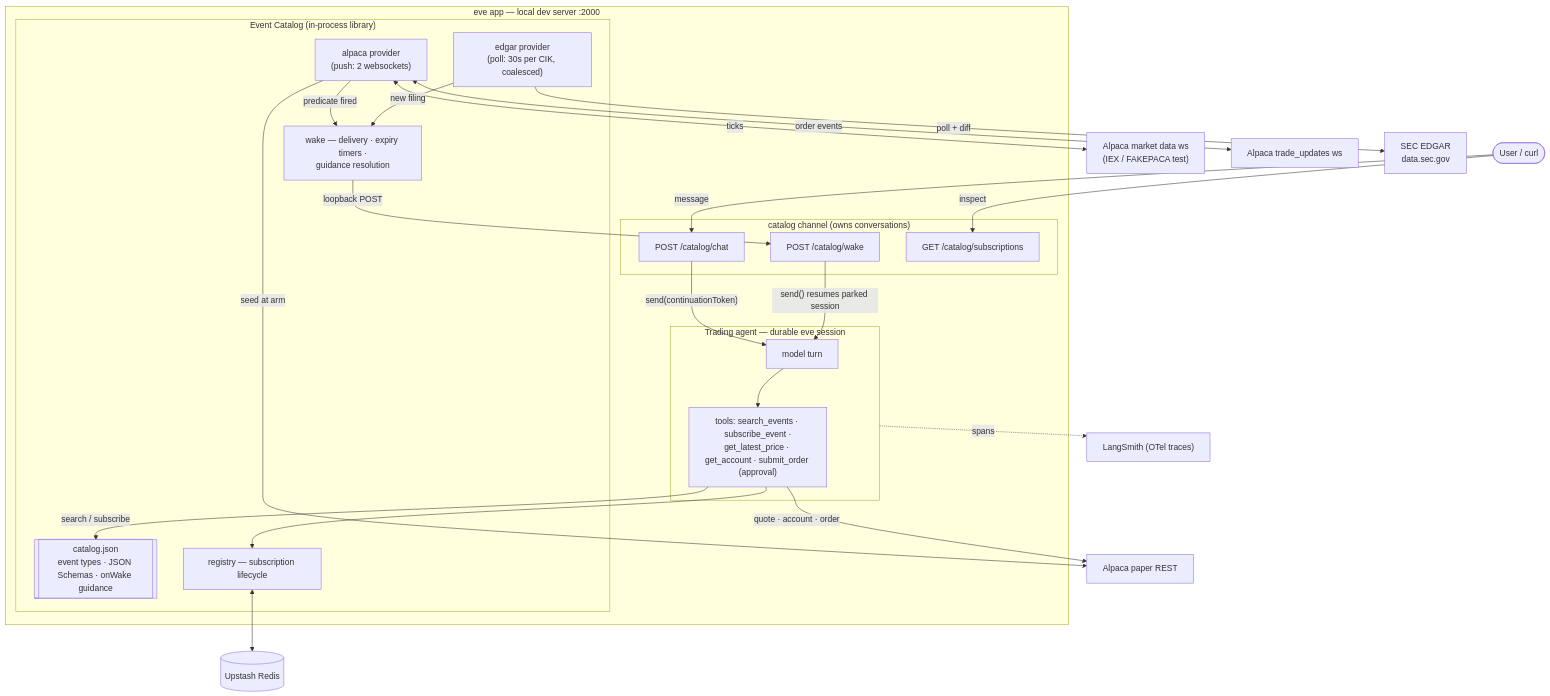
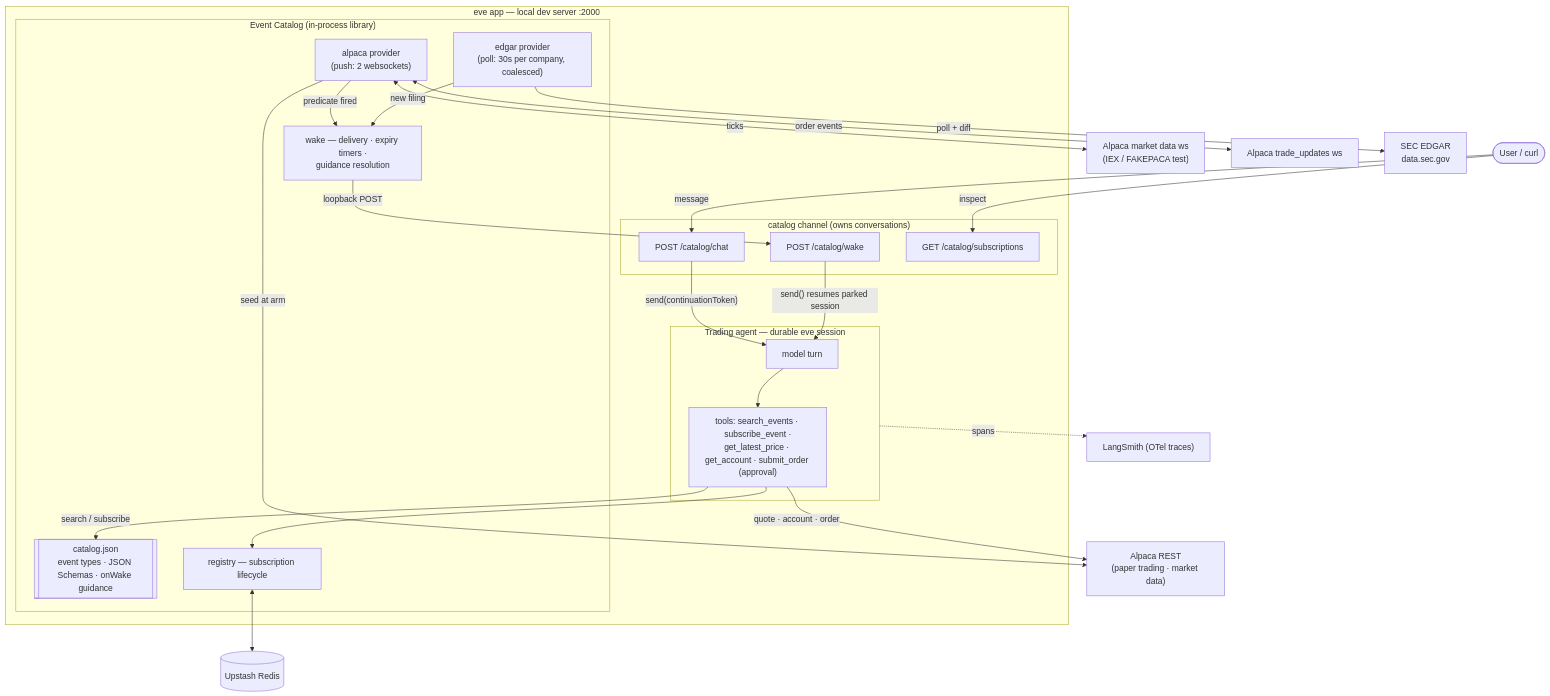
Before and after one commit to pcomans/eve-event-catalog: the first of 3 diagrams in README.md, drawn with Mermaid. The commit also changed other lines of this file and 2 other files, not shown here.

````diff
--- a/README.md
+++ b/README.md
@@ -21,50 +28,50 @@
 ```mermaid
 flowchart TB
     User(["User / curl"])
 
     subgraph app["eve app — local dev server :2000"]
         subgraph channel["catalog channel (owns conversations)"]
             CHAT["POST /catalog/chat"]
             WAKE["POST /catalog/wake"]
             SUBS["GET /catalog/subscriptions"]
         end
 
         subgraph agent["Trading agent — durable eve session"]
             LLM["model turn"]
             TOOLS["tools: search_events · subscribe_event ·<br/>get_latest_price · get_account · submit_order (approval)"]
         end
 
         subgraph catalog["Event Catalog (in-process library)"]
             CJ[["catalog.json<br/>event types · JSON Schemas · onWake guidance"]]
             REG["registry — subscription lifecycle"]
             WK["wake — delivery · expiry timers ·<br/>guidance resolution"]
             ALP["alpaca provider<br/>(push: 2 websockets)"]
-            EDG["edgar provider<br/>(poll: 30s per CIK, coalesced)"]
+            EDG["edgar provider<br/>(poll: 30s per company, coalesced)"]
         end
     end
 
     REDIS[("Upstash Redis")]
     MDATA["Alpaca market data ws<br/>(IEX / FAKEPACA test)"]
     TUPD["Alpaca trade_updates ws"]
-    PAPER["Alpaca paper REST"]
+    AREST["Alpaca REST<br/>(paper trading · market data)"]
     SEC["SEC EDGAR<br/>data.sec.gov"]
     LS["LangSmith (OTel traces)"]
 
     User -->|"message"| CHAT
     CHAT -->|"send(continuationToken)"| LLM
     LLM --> TOOLS
     TOOLS -->|"search / subscribe"| CJ
     TOOLS --> REG
-    TOOLS -->|"quote · account · order"| PAPER
+    TOOLS -->|"quote · account · order"| AREST
     REG <--> REDIS
     ALP <-->|ticks| MDATA
     ALP <-->|"order events"| TUPD
-    ALP -->|"seed at arm"| PAPER
+    ALP -->|"seed at arm"| AREST
     EDG -->|"poll + diff"| SEC
     ALP -->|"predicate fired"| WK
     EDG -->|"new filing"| WK
     WK -->|"loopback POST"| WAKE
     WAKE -->|"send() resumes parked session"| LLM
     agent -.->|"spans"| LS
     User -->|"inspect"| SUBS
 ```
````
